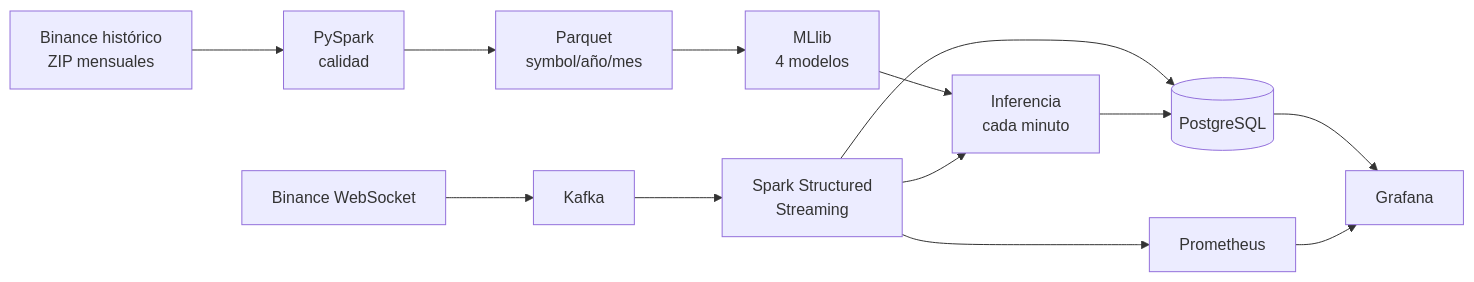
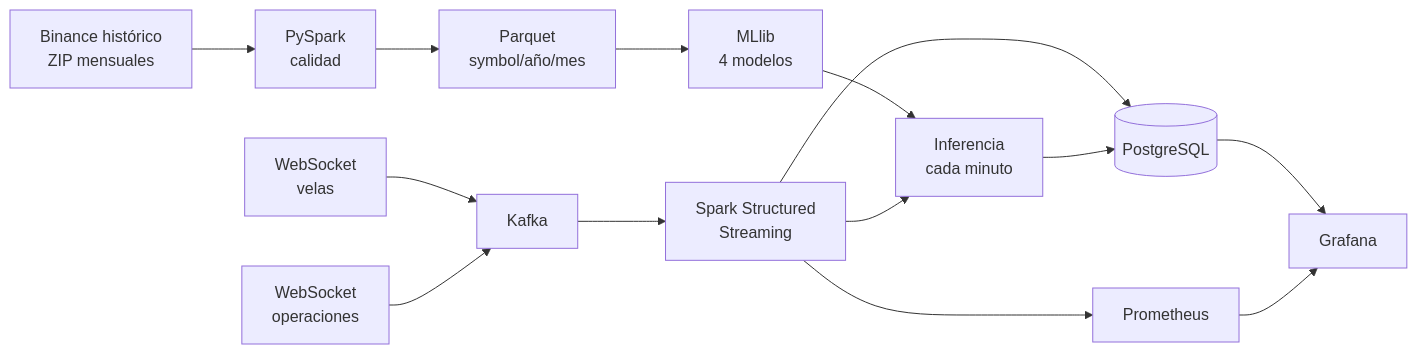
One commit to Milagros-hp/BigData-BTC-SOL changed the diagram in docs/index.md. Above: the diagram before and after it, drawn with Mermaid. The commit also changed other lines of this file and 2 other files, not shown here.

````diff
--- a/docs/index.md
+++ b/docs/index.md
@@ -27,9 +70,11 @@
 ```mermaid
 flowchart LR
     H[Binance histórico<br/>ZIP mensuales] --> Q[PySpark<br/>calidad] --> P[Parquet<br/>symbol/año/mes] --> M[MLlib<br/>4 modelos]
-    W[Binance WebSocket] --> K[Kafka] --> S[Spark Structured<br/>Streaming] --> DB[(PostgreSQL)]
+    W1[WebSocket<br/>velas] --> K[Kafka]
+    W2[WebSocket<br/>operaciones] --> K
+    K --> S[Spark Structured<br/>Streaming] --> DB[(PostgreSQL)]
     M --> I[Inferencia<br/>cada minuto] --> DB
     S --> I
     DB --> G[Grafana]
     S --> PR[Prometheus] --> G
 ```
````
